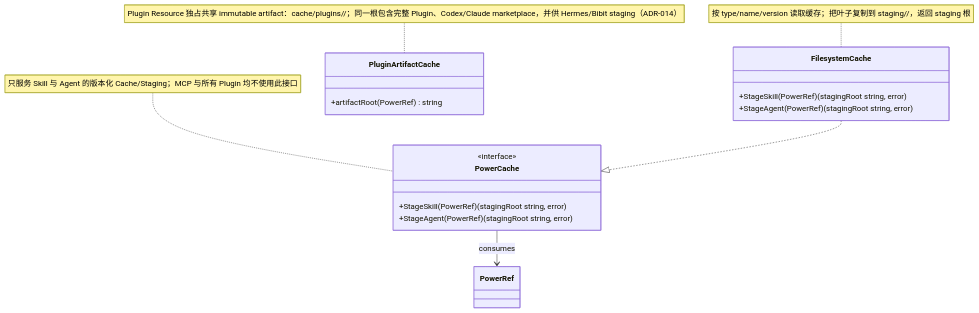
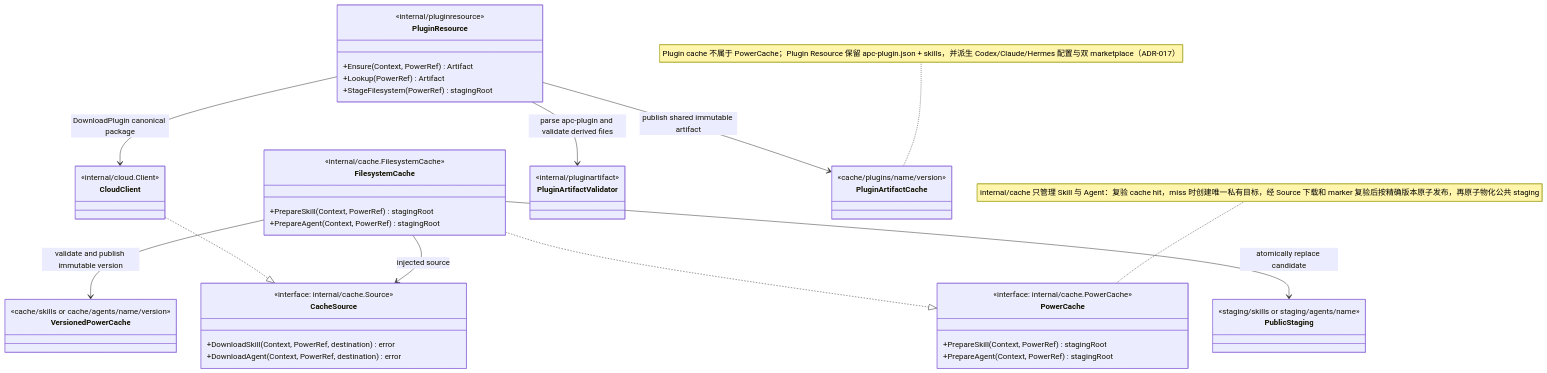
The diagram in ivory-tower/c4/components/apm-cli-diagrams/cache-manager.mmd (spacemit-com/agent-power-manager), drawn with Mermaid before and after one commit. The commit also changed 7 other files, not shown here.

Commit message:
docs(cloud): document provider runtime and apc plugins

```diff
--- a/ivory-tower/c4/components/apm-cli-diagrams/cache-manager.mmd
+++ b/ivory-tower/c4/components/apm-cli-diagrams/cache-manager.mmd
@@ -1,21 +1,50 @@
 classDiagram
-    note for PowerCache "只服务 Skill 与 Agent 的版本化 Cache/Staging；MCP 与所有 Plugin 均不使用此接口"
+    note for PowerCache "internal/cache 只管理 Skill 与 Agent：复验 cache hit，miss 时创建唯一私有目标，经 Source 下载和 marker 复验后按精确版本原子发布，再原子物化公共 staging"
+    class CacheSource {
+        <<interface: internal/cache.Source>>
+        +DownloadSkill(Context, PowerRef, destination) error
+        +DownloadAgent(Context, PowerRef, destination) error
+    }
     class PowerCache {
-        <<interface>>
-        +StageSkill(PowerRef) (stagingRoot string, error)
-        +StageAgent(PowerRef) (stagingRoot string, error)
+        <<interface: internal/cache.PowerCache>>
+        +PrepareSkill(Context, PowerRef) stagingRoot
+        +PrepareAgent(Context, PowerRef) stagingRoot
     }
-
-    note for FilesystemCache "按 type/name/version 读取缓存；把叶子复制到 staging/<type-directory>/<name>，返回 staging 根"
     class FilesystemCache {
-        +StageSkill(PowerRef) (stagingRoot string, error)
-        +StageAgent(PowerRef) (stagingRoot string, error)
+        <<internal/cache.FilesystemCache>>
+        +PrepareSkill(Context, PowerRef) stagingRoot
+        +PrepareAgent(Context, PowerRef) stagingRoot
+    }
+    class CloudClient {
+        <<internal/cloud.Client>>
+    }
+    class VersionedPowerCache {
+        <<cache/skills or cache/agents/name/version>>
+    }
+    class PublicStaging {
+        <<staging/skills or staging/agents/name>>
     }
 
     FilesystemCache ..|> PowerCache
-    PowerCache --> PowerRef : consumes
+    FilesystemCache --> CacheSource : injected source
+    CloudClient ..|> CacheSource
+    FilesystemCache --> VersionedPowerCache : validate and publish immutable version
+    FilesystemCache --> PublicStaging : atomically replace candidate
 
-    note for PluginArtifactCache "Plugin Resource 独占共享 immutable artifact：cache/plugins/<logical-name>/<version>；同一根包含完整 Plugin、Codex/Claude marketplace，并供 Hermes/Bibit staging（ADR-014）"
+    class PluginResource {
+        <<internal/pluginresource>>
+        +Ensure(Context, PowerRef) Artifact
+        +Lookup(PowerRef) Artifact
+        +StageFilesystem(PowerRef) stagingRoot
+    }
+    class PluginArtifactValidator {
+        <<internal/pluginartifact>>
+    }
     class PluginArtifactCache {
-        +artifactRoot(PowerRef) string
+        <<cache/plugins/name/version>>
     }
+
+    PluginResource --> CloudClient : DownloadPlugin canonical package
+    PluginResource --> PluginArtifactValidator : parse apc-plugin and validate derived files
+    PluginResource --> PluginArtifactCache : publish shared immutable artifact
+    note for PluginArtifactCache "Plugin cache 不属于 PowerCache；Plugin Resource 保留 apc-plugin.json + skills，并派生 Codex/Claude/Hermes 配置与双 marketplace（ADR-017）"
```
